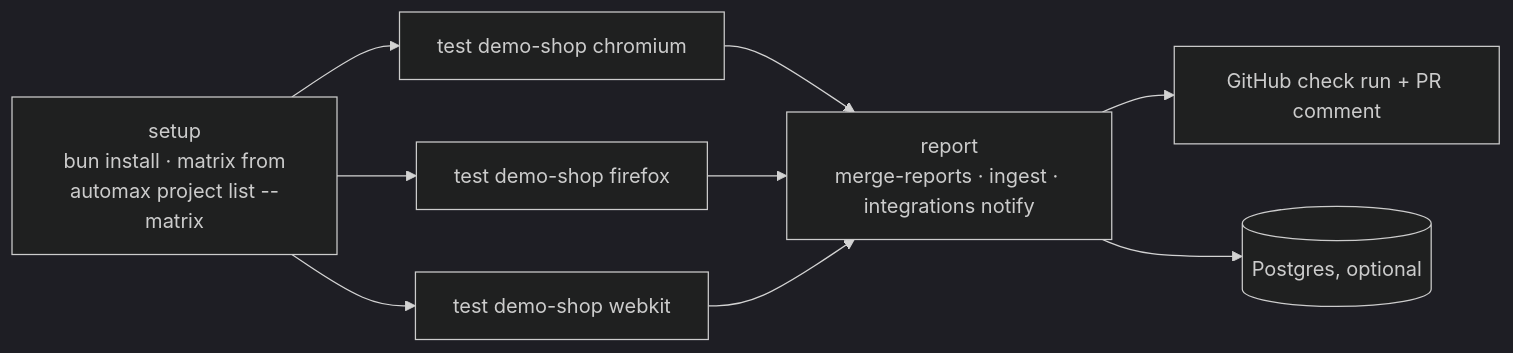
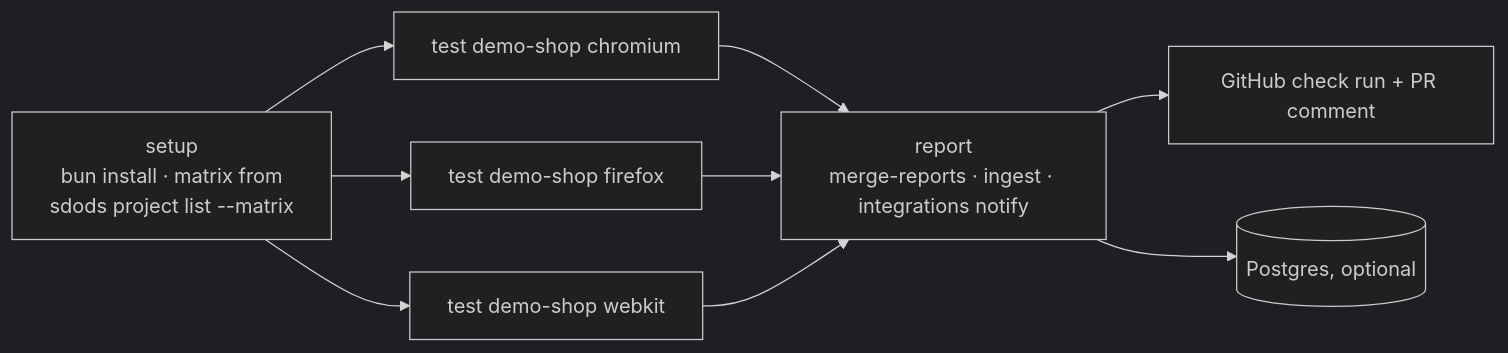
The diagram in apps/docs/content/docs/guides/sharding-and-ci.mdx (YarlisAISolutions/SDODS), drawn with Mermaid (dark theme) before and after one commit. The commit also changed other lines of this file and 466 other files, not shown here.

````diff
--- a/apps/docs/content/docs/guides/sharding-and-ci.mdx
+++ b/apps/docs/content/docs/guides/sharding-and-ci.mdx
@@ -24,9 +24,9 @@
 ```mermaid
 flowchart LR
-  S["setup<br/>bun install · matrix from<br/>automax project list --matrix"] --> T1["test demo-shop chromium"]
+  S["setup<br/>bun install · matrix from<br/>sdods project list --matrix"] --> T1["test demo-shop chromium"]
   S --> T2["test demo-shop firefox"]
   S --> T3["test demo-shop webkit"]
   T1 & T2 & T3 --> R["report<br/>merge-reports · ingest · integrations notify"]
   R --> CR["GitHub check run + PR comment"]
   R --> DB[("Postgres, optional")]
 ```
````
